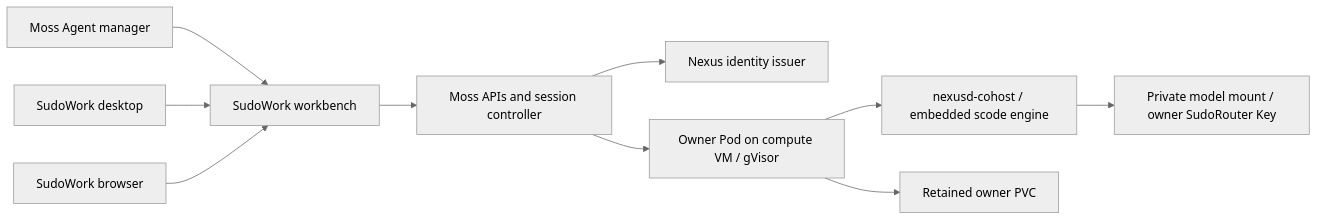
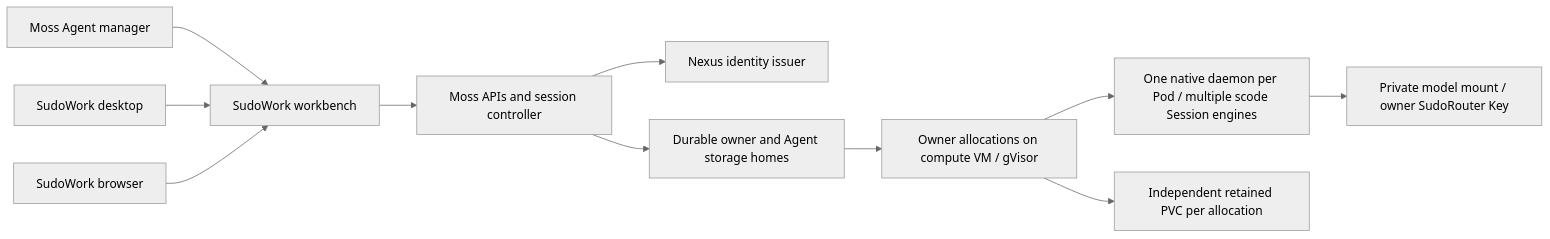
Before and after one commit to sudoprivacy/moss: the diagram in docs/shared-agent-runtime.md, drawn with Mermaid (neutral theme). The commit also changed other lines of this file and 23 other files, not shown here.

Commit message:
feat(runtime): route agents to durable storage allocations

````diff
--- a/docs/shared-agent-runtime.md
+++ b/docs/shared-agent-runtime.md
@@ -7,12 +7,13 @@
 ```mermaid
 flowchart LR
   Admin[Moss Agent manager] --> Workbench[SudoWork workbench]
   Desktop[SudoWork desktop] --> Workbench
   Browser[SudoWork browser] --> Workbench
   Workbench --> Moss[Moss APIs and session controller]
   Moss --> Issuer[Nexus identity issuer]
-  Moss --> Box[Owner Pod on compute VM / gVisor]
-  Box --> Cohost[nexusd-cohost / embedded scode engine]
+  Moss --> Homes[Durable owner and Agent storage homes]
+  Homes --> Box[Owner allocations on compute VM / gVisor]
+  Box --> Cohost[One native daemon per Pod / multiple scode Session engines]
   Cohost --> Model[Private model mount / owner SudoRouter Key]
-  Box --> Volume[Retained owner PVC]
+  Box --> Volume[Independent retained PVC per allocation]
 ```
````
